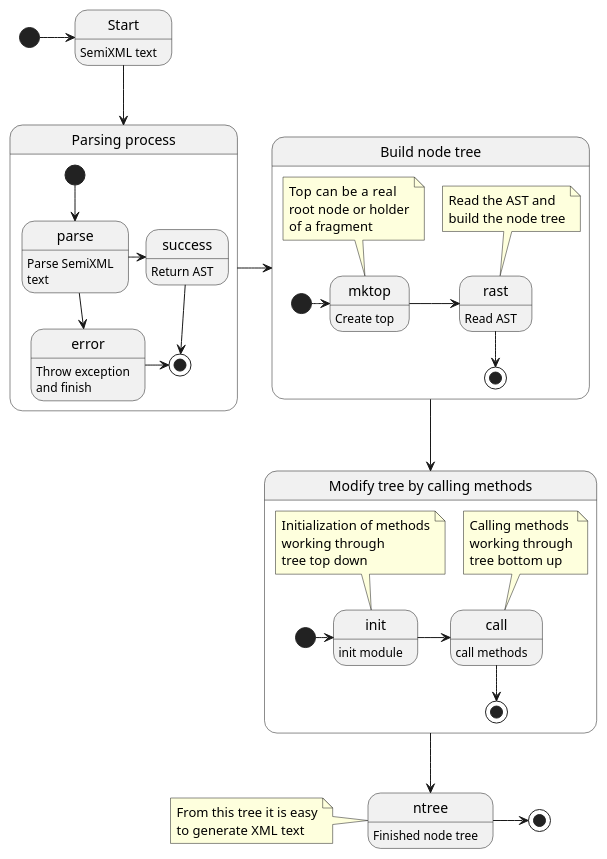
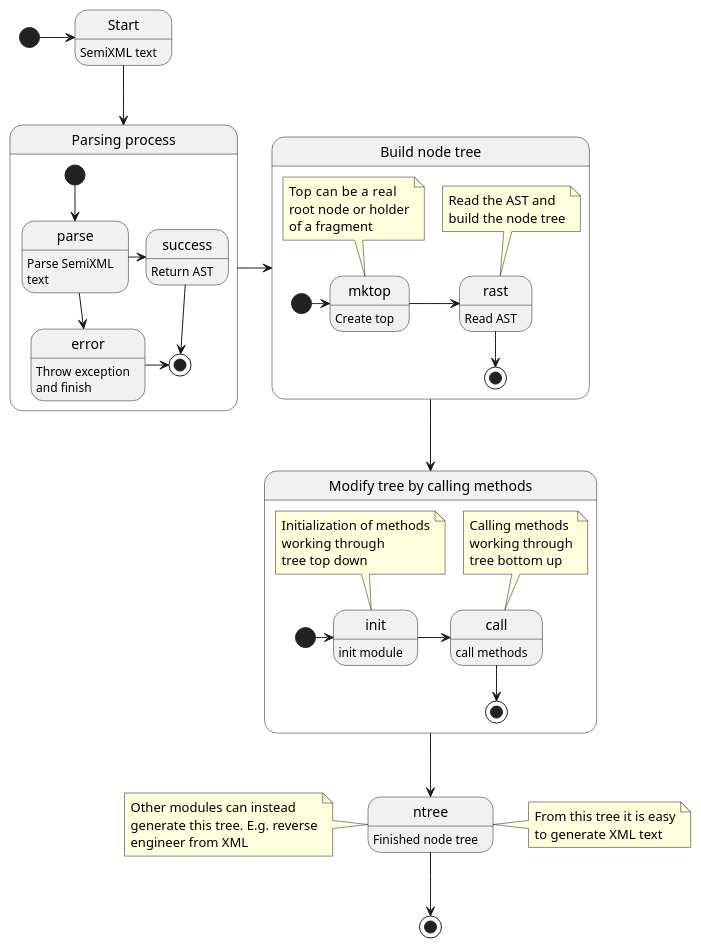
One commit to MARTIMM/Semi-xml changed the first of 2 diagrams in doc/TODO.md. Above: the diagram before and after it, drawn with PlantUML. The commit also changed other lines of this file and 1 other file, not shown here.

````diff
--- a/doc/TODO.md
+++ b/doc/TODO.md
@@ -26,47 +26,48 @@
 ```plantuml
 
 
 Start: SemiXML text
 
 [*] -> Start
 Start --> parsing
 
 state "Parsing process" as parsing {
   [*] --> parse
   parse: Parse SemiXML\ntext
   parse --> error
   parse -> success
   error: Throw exception\nand finish
   error -> [*]
   success: Return AST
   success --> [*]
 }
 
 parsing -> tree
 state "Build node tree" as tree {
   [*] -> mktop
   mktop: Create top
   note top of mktop : Top  can be a real\nroot node or holder\nof a fragment
   rast: Read AST
   mktop -> rast
   note top of rast : Read the AST and\nbuild the node tree
   rast --> [*]
 }
 
 tree --> meth
 state "Modify tree by calling methods" as meth {
   [*] -> init
   init: init module
   note top of init : Initialization of methods\nworking through\ntree top down
   init -> call
   call: call methods
   note top of call : Calling methods\nworking through\ntree bottom up
   call --> [*]
 }
 
 meth --> ntree
 ntree: Finished node tree
 
-ntree -> [*]
-note left of ntree : From this tree it is easy\nto generate XML text
+ntree --> [*]
+note right of ntree : From this tree it is easy\nto generate XML text
+note left of ntree : Other modules can instead\ngenerate this tree. E.g. reverse\nengineer from XML
 ```
````
